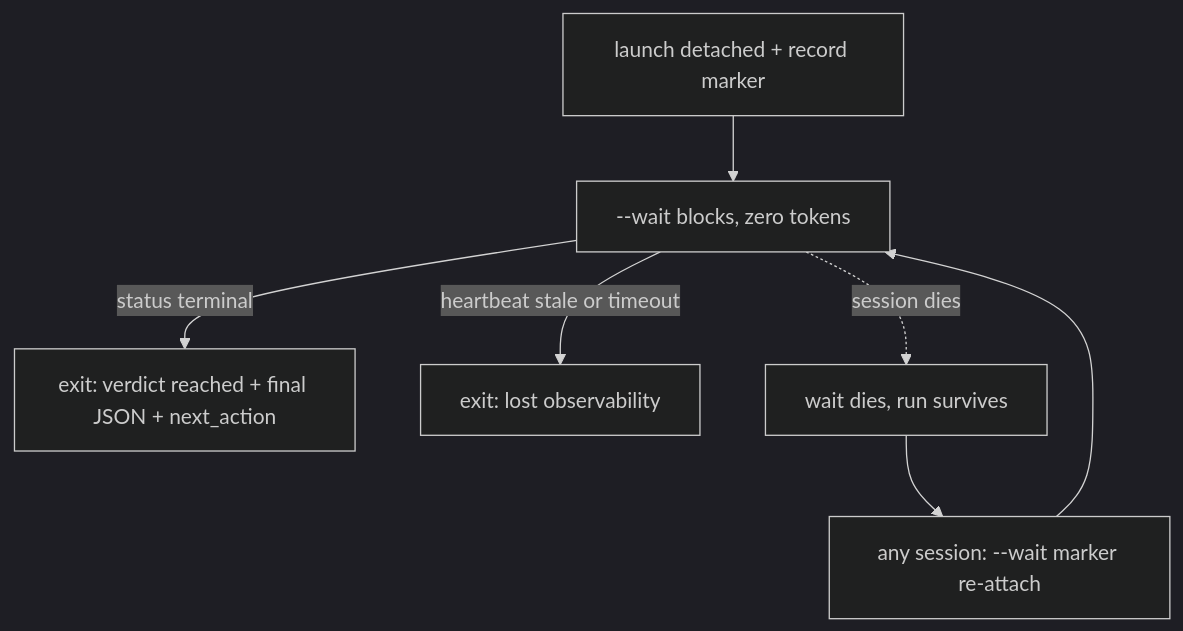
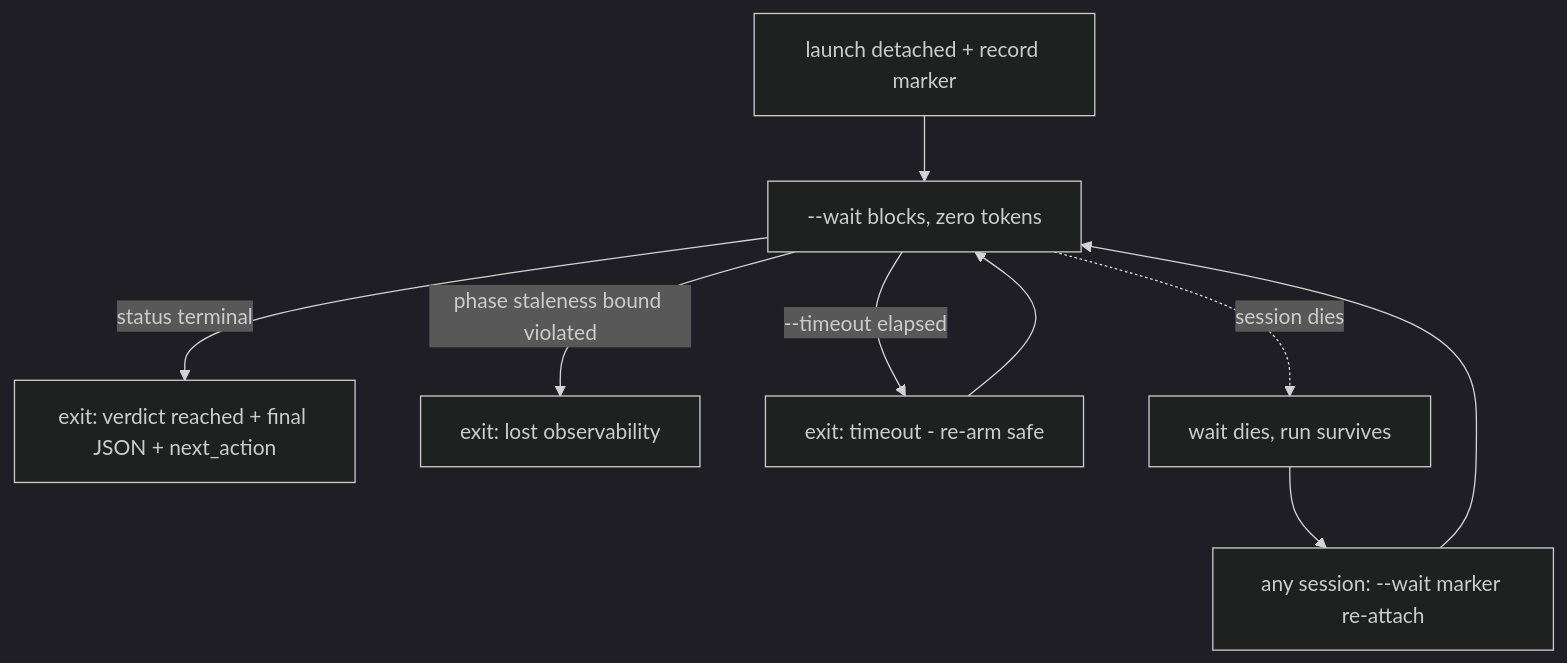
The first of 2 diagrams in docs/plans/2026-08-17-0224-feat-blocking-wait-verb-plan.md (StartupBros-com/pro-gate), drawn with Mermaid (dark theme) before and after one commit. The commit also changed other lines of this file, not shown here.

````diff
--- a/docs/plans/2026-08-17-0224-feat-blocking-wait-verb-plan.md
+++ b/docs/plans/2026-08-17-0224-feat-blocking-wait-verb-plan.md
@@ -84,9 +91,11 @@
 ```mermaid
 flowchart TB
   L[launch detached + record marker] --> W[--wait blocks, zero tokens]
   W -->|status terminal| V[exit: verdict reached + final JSON + next_action]
-  W -->|heartbeat stale or timeout| O[exit: lost observability]
+  W -->|phase staleness bound violated| O[exit: lost observability]
+  W -->|--timeout elapsed| T[exit: timeout - re-arm safe]
+  T --> W
   W -.->|session dies| D[wait dies, run survives]
   D --> R[any session: --wait marker re-attach]
   R --> W
 ```
````
